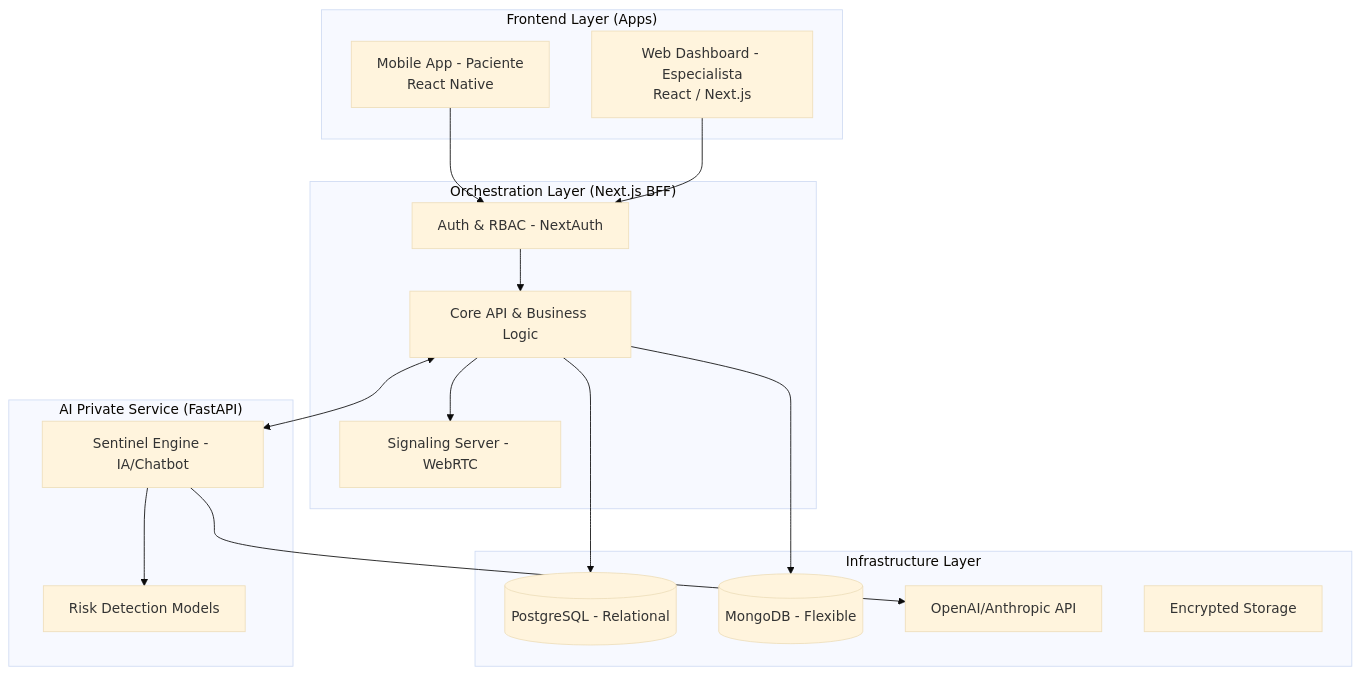
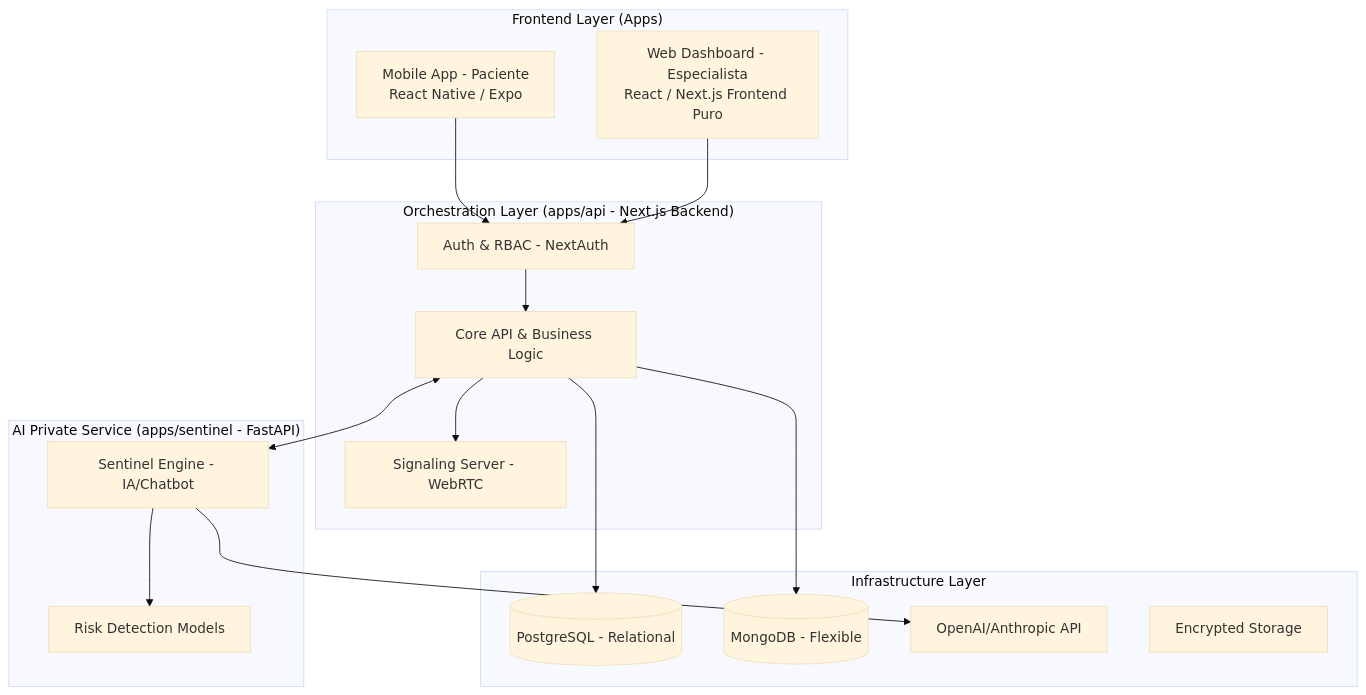
One commit to washan-9/Marcheli changed the diagram in docs/arquitectura_marcheli.idea.md. Above: the diagram before and after it, drawn with Mermaid (base theme). The commit also changed other lines of this file and 38 other files, not shown here.

````diff
--- a/docs/arquitectura_marcheli.idea.md
+++ b/docs/arquitectura_marcheli.idea.md
@@ -14,42 +14,42 @@
 ```mermaid
 graph TD
     subgraph "Frontend Layer (Apps)"
-        Mobile[Mobile App - Paciente\nReact Native]
-        Web[Web Dashboard - Especialista\nReact / Next.js]
+        Mobile[Mobile App - Paciente\nReact Native / Expo]
+        Web[Web Dashboard - Especialista\nReact / Next.js Frontend Puro]
     end
 
-    subgraph "Orchestration Layer (Next.js BFF)"
+    subgraph "Orchestration Layer (apps/api - Next.js Backend)"
         Auth[Auth & RBAC - NextAuth]
         Signal[Signaling Server - WebRTC]
         API[Core API & Business Logic]
     end
 
-    subgraph "AI Private Service (FastAPI)"
+    subgraph "AI Private Service (apps/sentinel - FastAPI)"
         Sentinel[Sentinel Engine - IA/Chatbot]
         Risk[Risk Detection Models]
     end
 
     subgraph "Infrastructure Layer"
         Postgres[(PostgreSQL - Relational)]
         Mongo[(MongoDB - Flexible)]
         LLM[OpenAI/Anthropic API]
         Storage[Encrypted Storage]
     end
 
     %% Conexiones de Apps al Orquestador
     Mobile --> Auth
     Web --> Auth
     
     %% Orquestación de Lógica
     Auth --> API
     API --> Signal
     
-    %% Comunicación Interna (Next.js a FastAPI)
+    %% Comunicación Interna (Backend a FastAPI)
     API <--> Sentinel
     Sentinel --> LLM
     Sentinel --> Risk
 
-    %% Persistencia (Solo Next.js toca la DB)
+    %% Persistencia (Solo el Backend API toca la DB)
     API --> Postgres
     API --> Mongo
 ```
````
